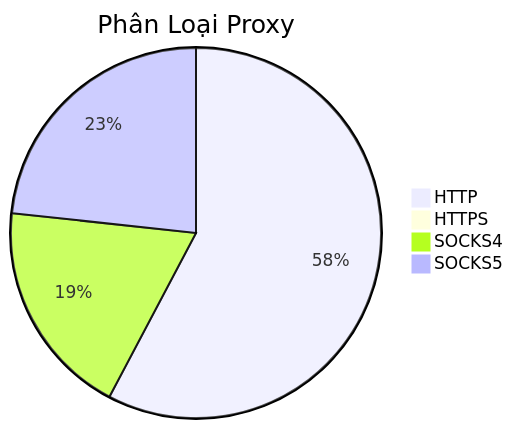
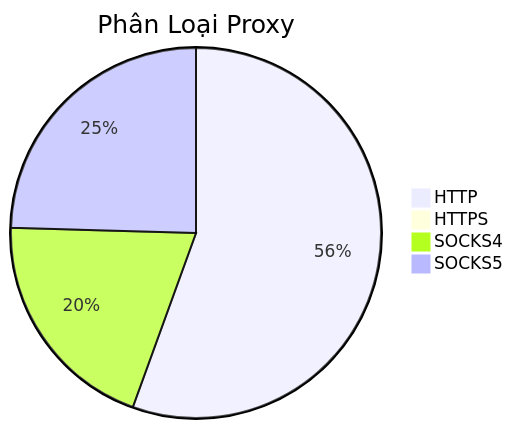
Before and after one commit to Ciara-12/PROXY-free: the diagram in README.md, drawn with Mermaid. The commit also changed other lines of this file and 4 other files, not shown here.

````diff
--- a/README.md
+++ b/README.md
@@ -26,7 +26,7 @@
 ```mermaid
 pie title Phân Loại Proxy
-    "HTTP" : 1190
+    "HTTP" : 1133
     "HTTPS" : 1
-    "SOCKS4" : 391
-    "SOCKS5" : 480
+    "SOCKS4" : 406
+    "SOCKS5" : 501
 ```
````
